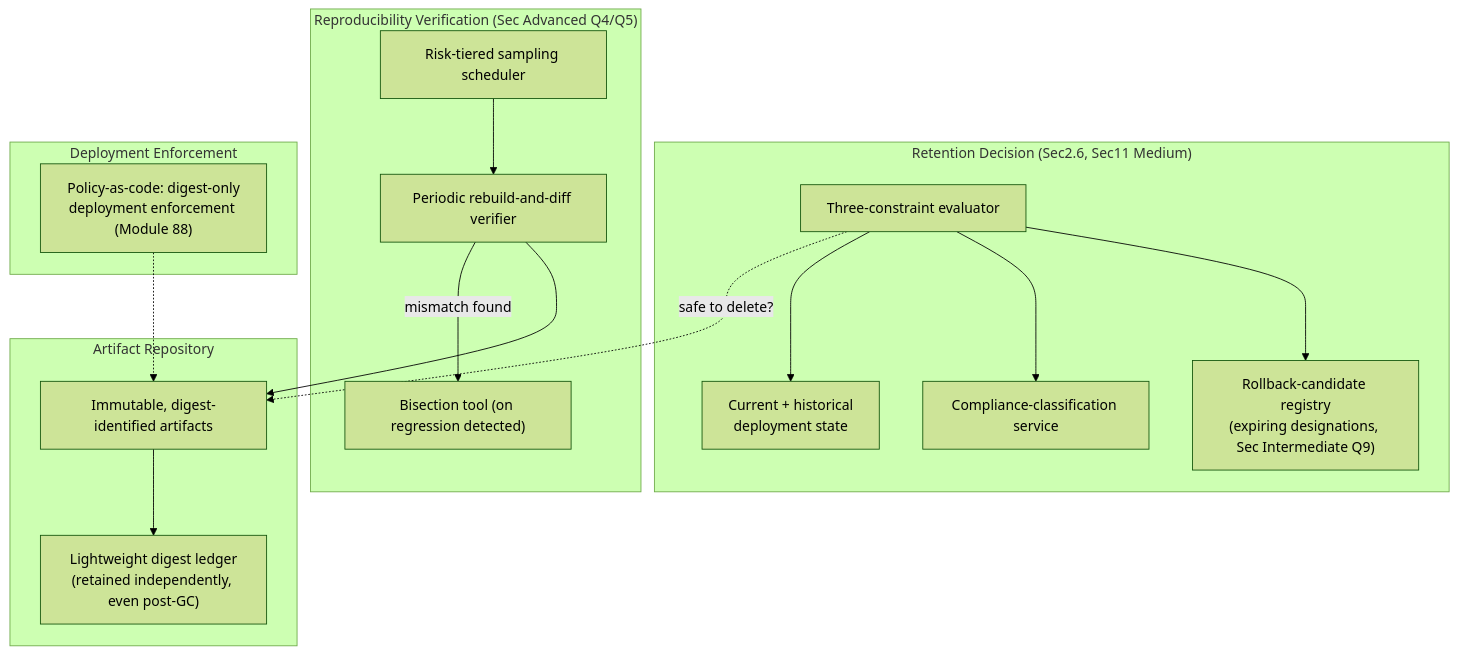
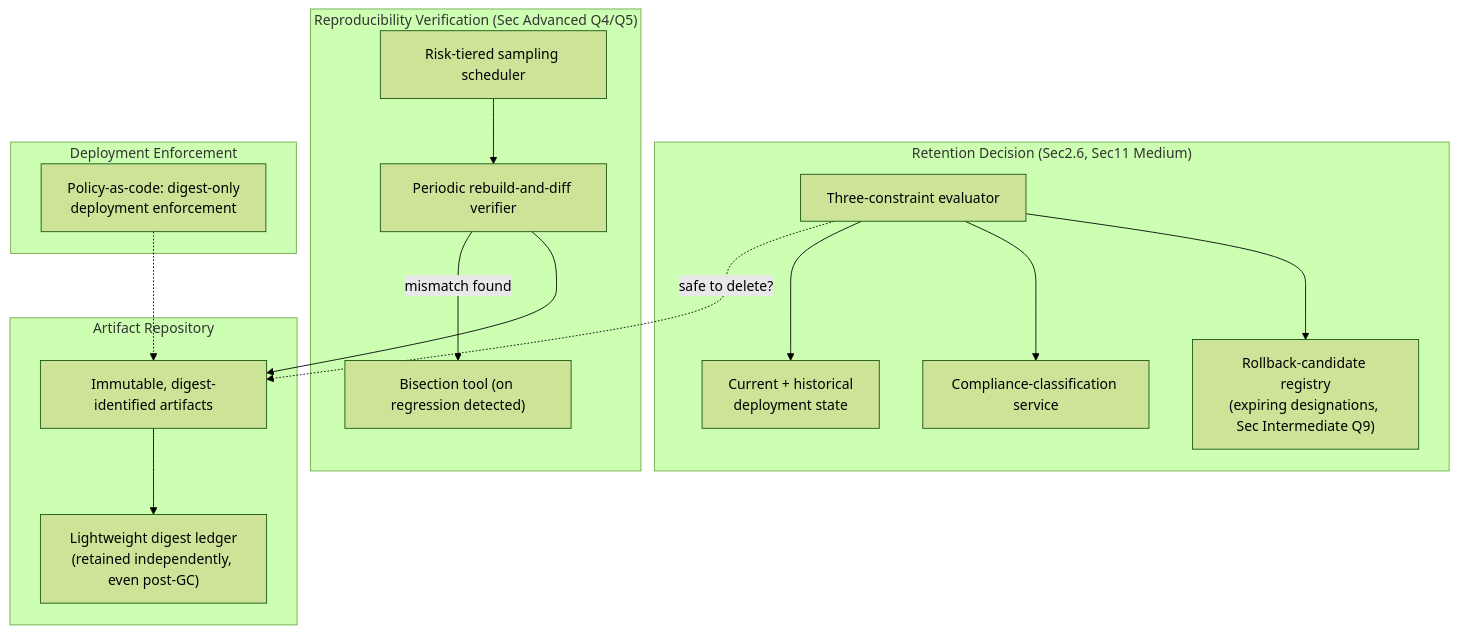
The second of 3 diagrams in 26-CICD/03-ArtifactManagement-ReproducibleBuilds-RetentionPolicies.md (umashankarp/InterviewQuestions), drawn with Mermaid (forest theme) before and after one commit. The commit also changed other lines of this file and 173 other files, not shown here.

````diff
--- a/26-CICD/03-ArtifactManagement-ReproducibleBuilds-RetentionPolicies.md
+++ b/26-CICD/03-ArtifactManagement-ReproducibleBuilds-RetentionPolicies.md
@@ -460,30 +460,30 @@
 ```mermaid
 graph TB
-    subgraph "Artifact Repository"
-        Artifacts["Immutable, digest-identified artifacts"]
-        DigestLedger["Lightweight digest ledger<br/>(retained independently, even post-GC)"]
-    end
-    subgraph "Retention Decision (Sec2.6, Sec11 Medium)"
-        RetentionEval["Three-constraint evaluator"]
-        RollbackRegistry["Rollback-candidate registry<br/>(expiring designations, Sec Intermediate Q9)"]
-        ComplianceService["Compliance-classification service"]
-        DeploymentState["Current + historical<br/>deployment state"]
-    end
-    subgraph "Reproducibility Verification (Sec Advanced Q4/Q5)"
-        RiskTiering["Risk-tiered sampling scheduler"]
-        RebuildVerifier["Periodic rebuild-and-diff verifier"]
-        Bisector["Bisection tool (on regression detected)"]
-    end
-    subgraph "Deployment Enforcement"
-        PolicyGate["Policy-as-code: digest-only<br/>deployment enforcement (Module 88)"]
-    end
+ subgraph "Artifact Repository"
+ Artifacts["Immutable, digest-identified artifacts"]
+ DigestLedger["Lightweight digest ledger<br/>(retained independently, even post-GC)"]
+ end
+ subgraph "Retention Decision (Sec2.6, Sec11 Medium)"
+ RetentionEval["Three-constraint evaluator"]
+ RollbackRegistry["Rollback-candidate registry<br/>(expiring designations, Sec Intermediate Q9)"]
+ ComplianceService["Compliance-classification service"]
+ DeploymentState["Current + historical<br/>deployment state"]
+ end
+ subgraph "Reproducibility Verification (Sec Advanced Q4/Q5)"
+ RiskTiering["Risk-tiered sampling scheduler"]
+ RebuildVerifier["Periodic rebuild-and-diff verifier"]
+ Bisector["Bisection tool (on regression detected)"]
+ end
+ subgraph "Deployment Enforcement"
+ PolicyGate["Policy-as-code: digest-only<br/>deployment enforcement"]
+ end
 
-    Artifacts --> DigestLedger
-    RetentionEval --> RollbackRegistry
-    RetentionEval --> ComplianceService
-    RetentionEval --> DeploymentState
-    RetentionEval -.->|safe to delete?| Artifacts
-    RiskTiering --> RebuildVerifier --> Artifacts
-    RebuildVerifier -->|mismatch found| Bisector
-    PolicyGate -.-> Artifacts
+ Artifacts --> DigestLedger
+ RetentionEval --> RollbackRegistry
+ RetentionEval --> ComplianceService
+ RetentionEval --> DeploymentState
+ RetentionEval -.->|safe to delete?| Artifacts
+ RiskTiering --> RebuildVerifier --> Artifacts
+ RebuildVerifier -->|mismatch found| Bisector
+ PolicyGate -.-> Artifacts
 ```
````
